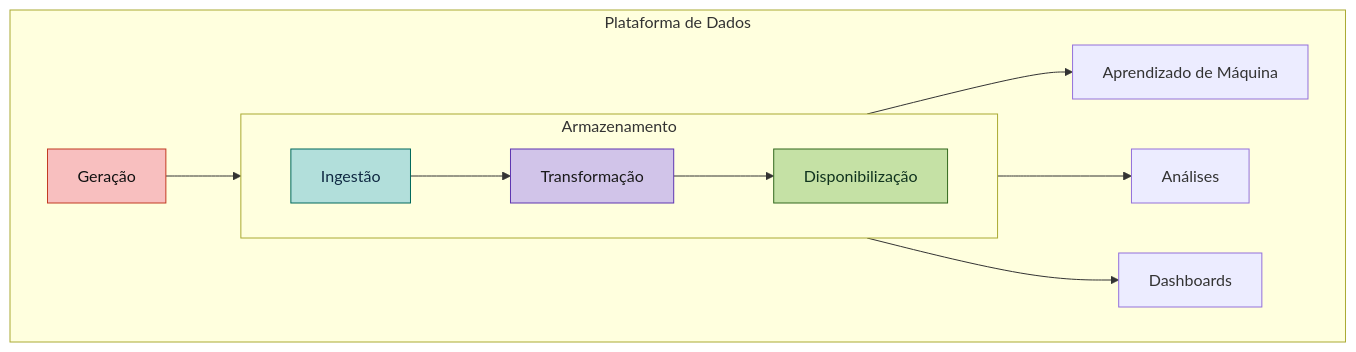
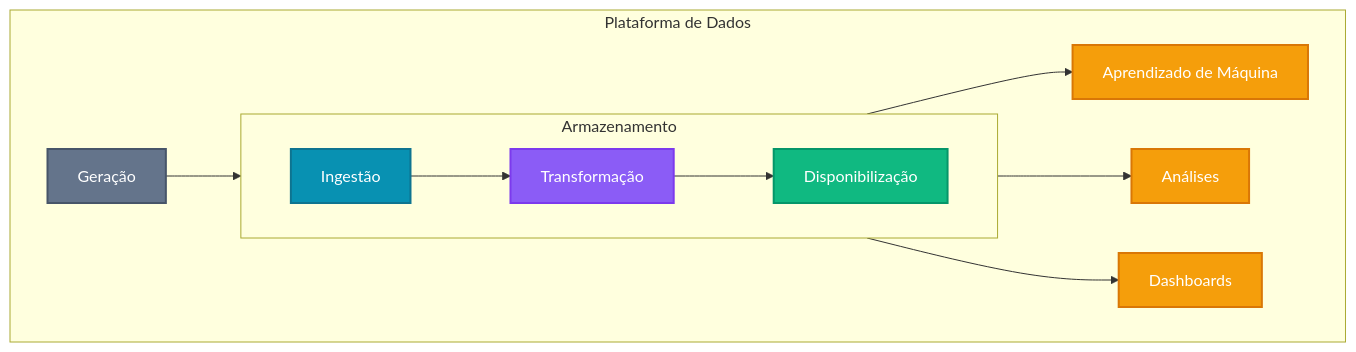
One commit to Insper/dataeng changed the first of 2 diagrams in content/classes/01-intro/warmup.md. Above: the diagram before and after it, drawn with Mermaid. The commit also changed other lines of this file and 12 other files, not shown here.

````diff
--- a/content/classes/01-intro/warmup.md
+++ b/content/classes/01-intro/warmup.md
@@ -11,41 +12,42 @@
 ```mermaid
 flowchart LR
 
-  %% Plataforma principal
-  subgraph PD[Plataforma de Dados]
-    direction LR
+    %% Plataforma principal
+    subgraph PD[Plataforma de Dados]
+        direction LR
 
-    G[Geração]
+        G[Geração]
 
-    %% Linha horizontal de entrada + pipeline
-    subgraph LINE[Armazenamento]
-      direction LR
-      I[Ingestão]
-      T[Transformação]
-      S[Disponibilização]
-      I --> T --> S
+        %% Linha horizontal de entrada + pipeline
+        subgraph LINE[Armazenamento]
+        direction LR
+        I[Ingestão]
+        T[Transformação]
+        S[Disponibilização]
+        I --> T --> S
+        end
+
+        %% Saídas diretas (à direita)
+        ML[Aprendizado de Máquina]
+        AN[Análises]
+        REP[Dashboards]
+
+        G --> I
+        S --> ML
+        S --> AN
+        S --> REP
     end
 
-    %% Saídas diretas (à direita)
-    ML[Aprendizado de Máquina]
-    AN[Análises]
-    REP[Dashboards]
+    %% Estilos adaptados para light e dark mode
+    classDef gen fill:#64748b,stroke:#475569,color:#ffffff,stroke-width:2px;
+    classDef stage fill:#0891b2,stroke:#0e7490,color:#ffffff,stroke-width:2px;
+    classDef trans fill:#8b5cf6,stroke:#7c3aed,color:#ffffff,stroke-width:2px;
+    classDef serve fill:#10b981,stroke:#059669,color:#ffffff,stroke-width:2px;
+    classDef out fill:#f59e0b,stroke:#d97706,color:#ffffff,stroke-width:2px;
 
-    G --> I
-    S --> ML
-    S --> AN
-    S --> REP
-  end
-
-  %% Estilos
-  classDef gen fill:#f8bfbf,stroke:#c23b22,color:#111;
-  classDef stage fill:#b2dfdb,stroke:#00695c,color:#102a43;
-  classDef trans fill:#d1c4e9,stroke:#5e35b1,color:#1a1a1a;
-  classDef serve fill:#c5e1a5,stroke:#33691e,color:#10331e;
-  classDef out fill:#ffe082,stroke:#ff8f00,color:#3d2800;
-
-  class G gen;
-  class I stage;
-  class T trans;
-  class S serve;
+    class G gen;
+    class I stage;
+    class T trans;
+    class S serve;
+    class ML,AN,REP out;
 ```
````
